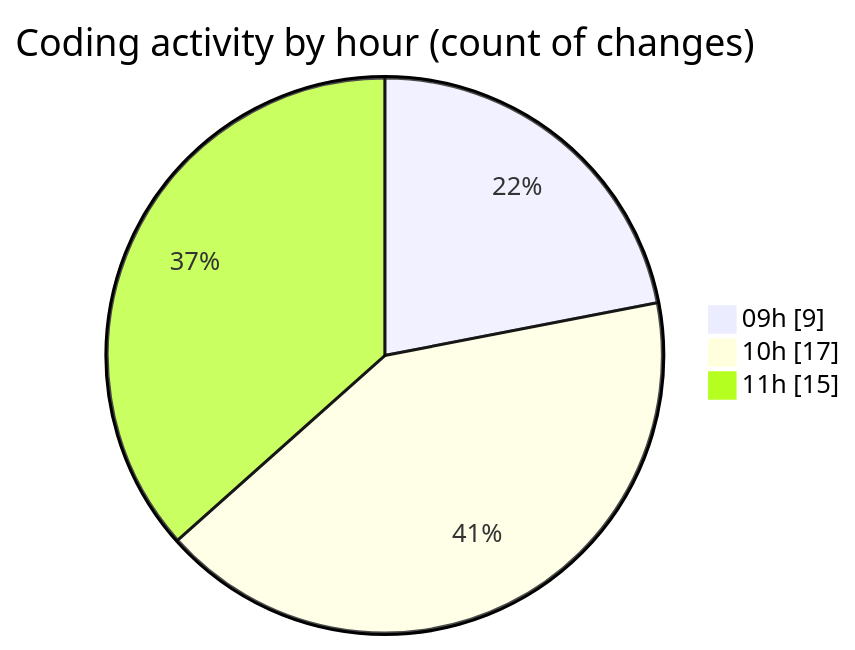
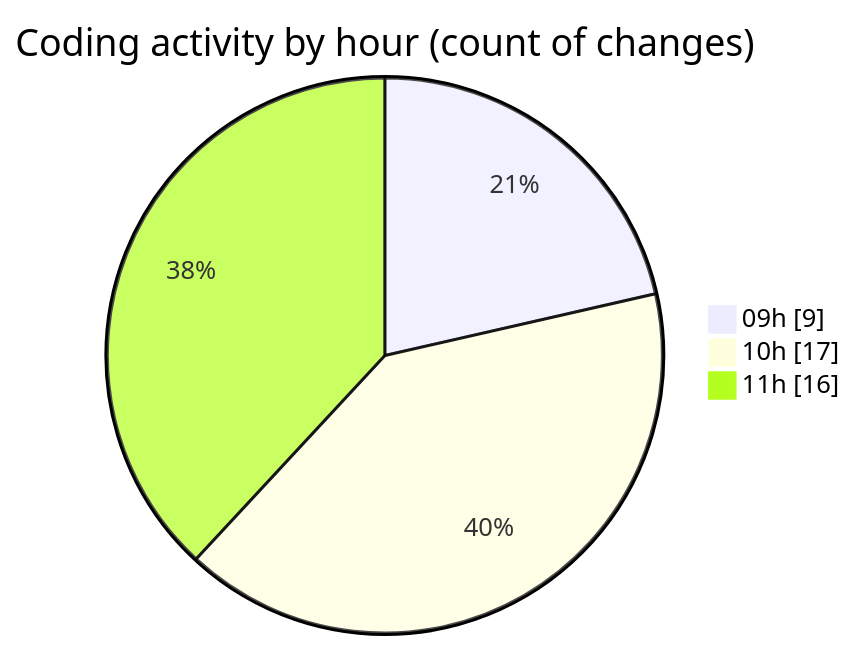
One commit to momahboobian/code-tracking changed the second of 2 diagrams in 2025-05-08/cda/README.md. Above: the diagram before and after it, drawn with Mermaid. The commit also changed other lines of this file and 1 other file, not shown here.

````diff
--- a/2025-05-08/cda/README.md
+++ b/2025-05-08/cda/README.md
@@ -48,7 +48,7 @@
 ```mermaid
 pie showData
 title Coding activity by hour (count of changes)
 "09h" : 9
 "10h" : 17
-"11h" : 15
+"11h" : 16
 ```
````
